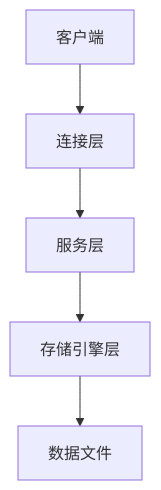
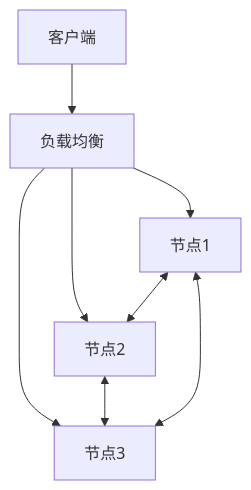
The sixth of 12 diagrams in Analysis/1-数据库系统/1.2-MySQL/1.2.2-系统架构.md (AdaMartin18010/Data-Science), drawn with Mermaid before and after one commit. The commit also changed other lines of this file and 338 other files, not shown here.

````diff
--- a/Analysis/1-数据库系统/1.2-MySQL/1.2.2-系统架构.md
+++ b/Analysis/1-数据库系统/1.2-MySQL/1.2.2-系统架构.md
@@ -8,7 +720,11 @@
 ```mermaid
 flowchart TD
-  C[客户端] --> L[连接层]
-  L --> S[服务层]
-  S --> E[存储引擎层]
-  E --> D[数据文件]
+    C[客户端] --> LB[负载均衡]
+    LB --> N1[节点1]
+    LB --> N2[节点2]
+    LB --> N3[节点3]
+
+    N1 <--> N2
+    N2 <--> N3
+    N3 <--> N1
 ```
````
